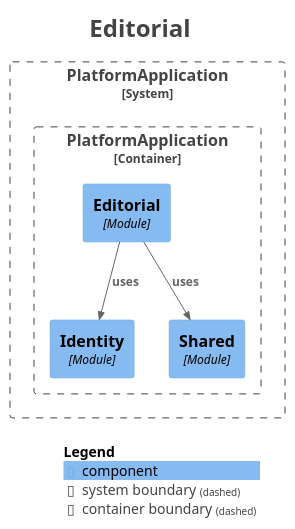
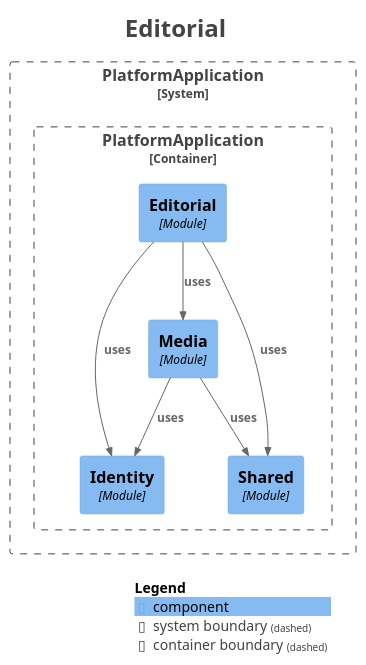
One commit to Asiman77/HistoryAsAGame changed the diagram in docs/modules/module-editorial.puml. Above: the diagram before and after it, drawn with PlantUML. The commit also changed 16 other files, not shown here.

Commit message:
docs: phase 11 notes, ADR-0017 (media registry) and module docs

```diff
--- a/docs/modules/module-editorial.puml
+++ b/docs/modules/module-editorial.puml
@@ -1,32 +1,36 @@
 @startuml
 title <size:24>Editorial</size>
 
 set separator none
 top to bottom direction
 
 <style>
   root {
     BackgroundColor: #ffffff
     FontColor: #444444
   }
 </style>
 
 !include <C4/C4>
 !include <C4/C4_Context>
 !include <C4/C4_Component>
 
 System_Boundary("PlatformApplication_boundary", "PlatformApplication", $tags="") {
   Container_Boundary("PlatformApplication.PlatformApplication_boundary", "PlatformApplication", $tags="") {
+    Component(PlatformApplication.PlatformApplication.Editorial, "Editorial", $techn="Module", $descr="", $tags="", $link="")
     Component(PlatformApplication.PlatformApplication.Identity, "Identity", $techn="Module", $descr="", $tags="", $link="")
     Component(PlatformApplication.PlatformApplication.Shared, "Shared", $techn="Module", $descr="", $tags="", $link="")
-    Component(PlatformApplication.PlatformApplication.Editorial, "Editorial", $techn="Module", $descr="", $tags="", $link="")
+    Component(PlatformApplication.PlatformApplication.Media, "Media", $techn="Module", $descr="", $tags="", $link="")
   }
 
 }
 
+Rel(PlatformApplication.PlatformApplication.Media, PlatformApplication.PlatformApplication.Shared, "uses", $techn="", $tags="", $link="")
+Rel(PlatformApplication.PlatformApplication.Media, PlatformApplication.PlatformApplication.Identity, "uses", $techn="", $tags="", $link="")
 Rel(PlatformApplication.PlatformApplication.Editorial, PlatformApplication.PlatformApplication.Shared, "uses", $techn="", $tags="", $link="")
 Rel(PlatformApplication.PlatformApplication.Editorial, PlatformApplication.PlatformApplication.Identity, "uses", $techn="", $tags="", $link="")
+Rel(PlatformApplication.PlatformApplication.Editorial, PlatformApplication.PlatformApplication.Media, "uses", $techn="", $tags="", $link="")
 
 SHOW_LEGEND(true)
 hide stereotypes
 @enduml
```
